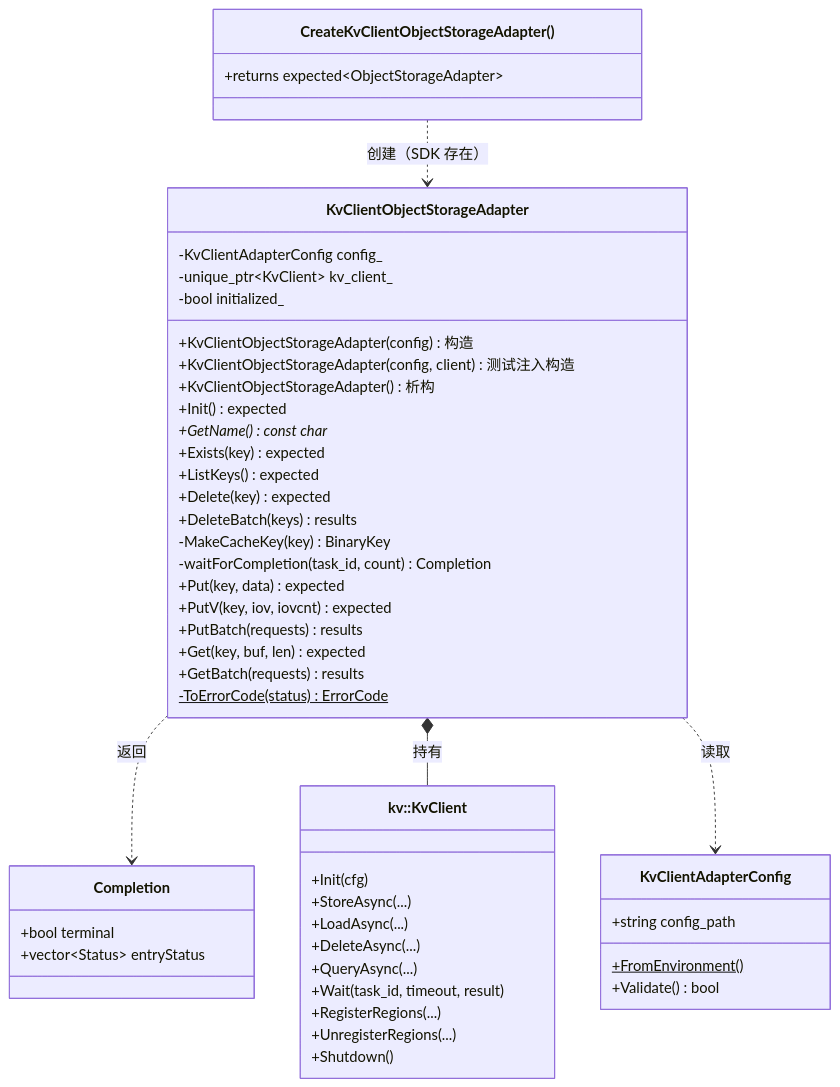
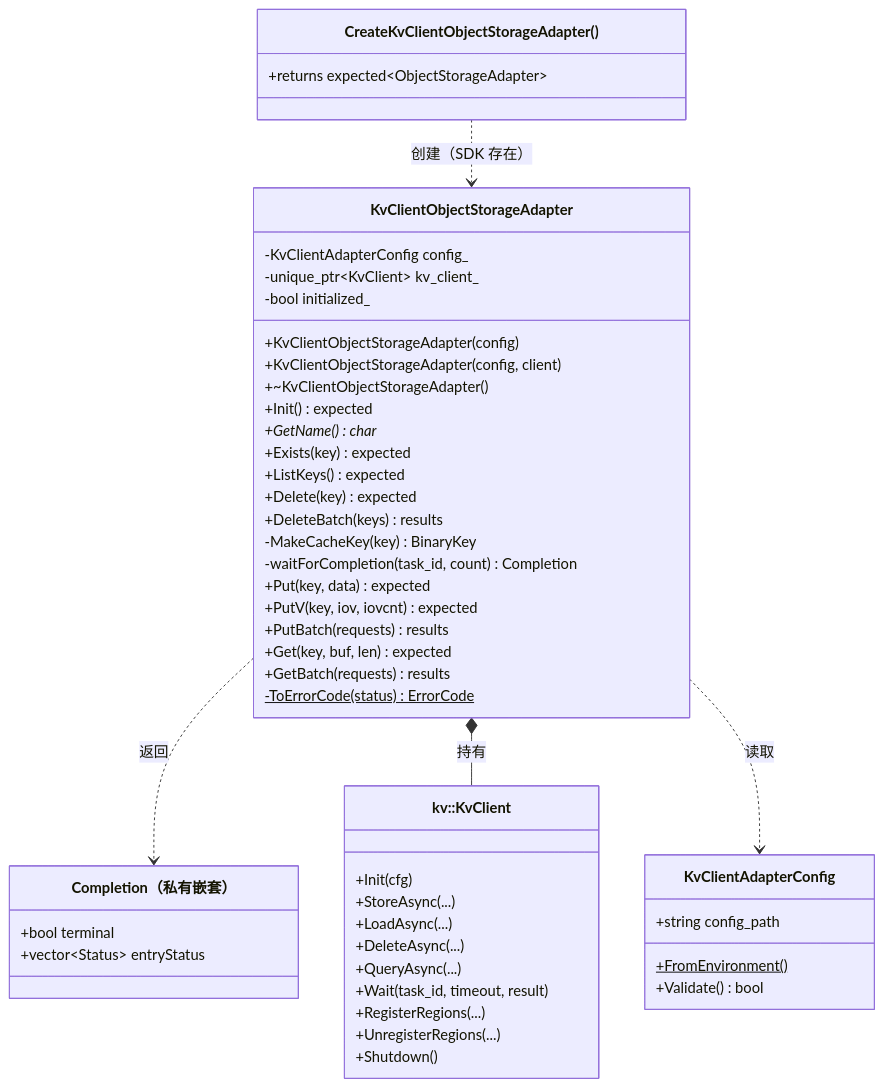
Before and after one commit to zwj20000328-dotcom/Mooncake-documents: the first of 11 diagrams in Mooncake + KVClient L3 接入（Kvcs）- PR 实施设计.md, drawn with Mermaid. The commit also changed other lines of this file, not shown here.

Commit message:
docs: correct the PR class diagrams against the current model

````diff
--- a/Mooncake + KVClient L3 接入（Kvcs）- PR 实施设计.md
+++ b/Mooncake + KVClient L3 接入（Kvcs）- PR 实施设计.md
@@ -44,60 +44,60 @@
 ```mermaid
 classDiagram
     direction TB
 
     class KvClientAdapterConfig {
         +string config_path
         +FromEnvironment()$
         +Validate() bool
     }
 
-    class Completion {
+    class Completion["Completion（私有嵌套）"] {
         +bool terminal
         +vector~Status~ entryStatus
     }
 
     class KvClientObjectStorageAdapter {
         -KvClientAdapterConfig config_
         -unique_ptr~KvClient~ kv_client_
         -bool initialized_
-        +KvClientObjectStorageAdapter(config) 构造
-        +KvClientObjectStorageAdapter(config, client) 测试注入构造
-        +KvClientObjectStorageAdapter() 析构
+        +KvClientObjectStorageAdapter(config)
+        +KvClientObjectStorageAdapter(config, client)
+        +~KvClientObjectStorageAdapter()
         +Init() expected
-        +GetName() const char*
+        +GetName() char*
         +Exists(key) expected
         +ListKeys() expected
         +Delete(key) expected
         +DeleteBatch(keys) results
         -MakeCacheKey(key) BinaryKey
         -waitForCompletion(task_id, count) Completion
         +Put(key, data) expected
         +PutV(key, iov, iovcnt) expected
         +PutBatch(requests) results
         +Get(key, buf, len) expected
         +GetBatch(requests) results
         -ToErrorCode(status) ErrorCode$
     }
 
     KvClientObjectStorageAdapter ..> Completion : 返回
 
     class SdkKvClient["kv::KvClient"] {
         +Init(cfg)
         +StoreAsync(...)
         +LoadAsync(...)
         +DeleteAsync(...)
         +QueryAsync(...)
         +Wait(task_id, timeout, result)
         +RegisterRegions(...)
         +UnregisterRegions(...)
         +Shutdown()
     }
 
     class Factory["CreateKvClientObjectStorageAdapter()"] {
         +returns expected~ObjectStorageAdapter~
     }
 
     KvClientObjectStorageAdapter *-- SdkKvClient : 持有
     KvClientObjectStorageAdapter ..> KvClientAdapterConfig : 读取
     Factory ..> KvClientObjectStorageAdapter : 创建（SDK 存在）
 ```
````
